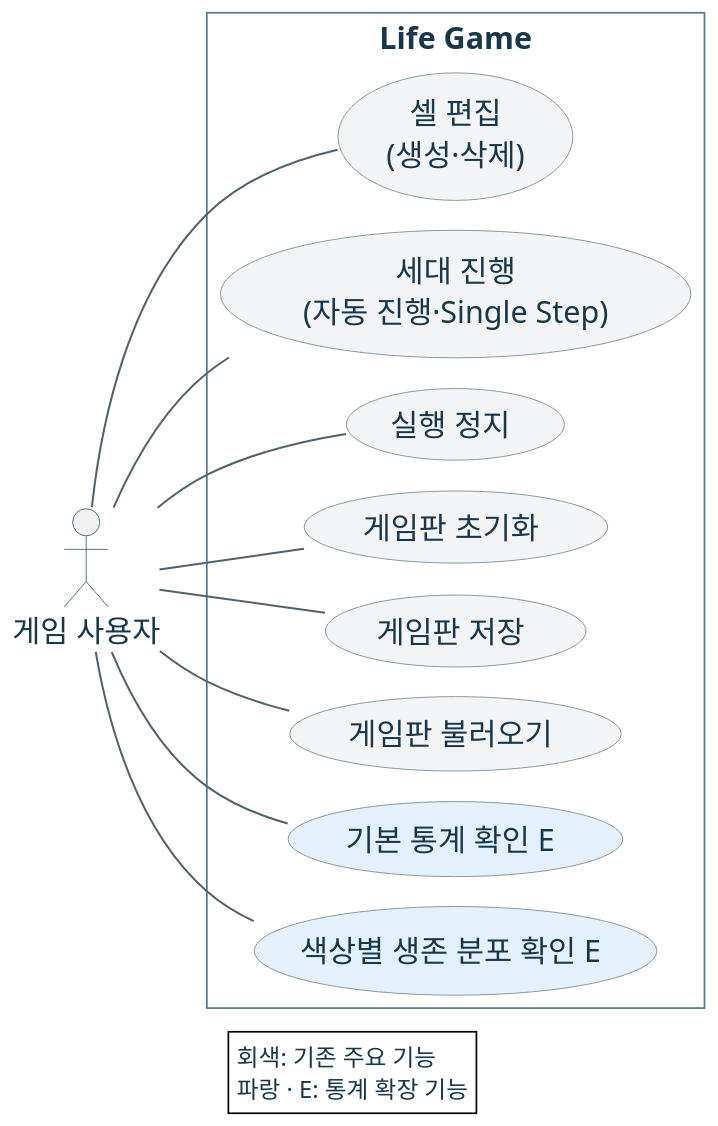
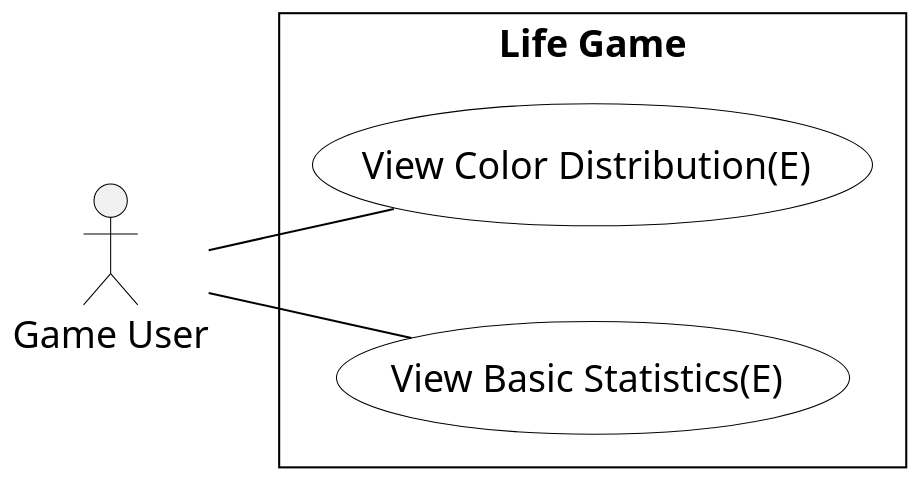
Before and after one commit to mckimR1972/DP_team_project: the diagram in docs/statistics/diagrams/statistics-use-cases.puml, drawn with PlantUML. The commit also changed 7 other files, not shown here.

First line of the commit message:
docs: 통계 UML 다이어그램 통일 및 테스트 검증 자료 갱신

```diff
--- a/docs/statistics/diagrams/statistics-use-cases.puml
+++ b/docs/statistics/diagrams/statistics-use-cases.puml
@@ -1,44 +1,29 @@
 @startuml statistics-use-cases
-!pragma layout smetana
 left to right direction
+skinparam linetype polyline
 skinparam defaultFontName "Apple SD Gothic Neo"
 skinparam defaultFontSize 18
-skinparam dpi 130
-skinparam backgroundColor white
+skinparam dpi 160
+skinparam monochrome true
 skinparam shadowing false
 skinparam roundcorner 0
-skinparam ArrowColor #52616B
-skinparam ArrowThickness 1.2
-skinparam defaultFontColor #18374A
-skinparam actorBorderColor #385C72
-skinparam usecaseBorderColor #7B8790
-skinparam rectangleBorderColor #51768B
+skinparam backgroundColor white
+skinparam ArrowColor black
+skinparam actorBorderColor black
+skinparam actorFontColor black
+skinparam rectangleBorderColor black
 skinparam rectangleBackgroundColor white
-skinparam nodesep 22
-skinparam ranksep 45
+skinparam usecaseBorderColor black
+skinparam usecaseBackgroundColor white
+skinparam usecaseFontColor black
+skinparam nodesep 45
+skinparam ranksep 50
 
-actor "게임 사용자" as Player
+actor "Game User" as Player
 rectangle "Life Game" {
-    usecase "셀 편집\n(생성·삭제)" as Edit #F3F4F6
-    usecase "세대 진행\n(자동 진행·Single Step)" as Advance #F3F4F6
-    usecase "실행 정지" as Halt #F3F4F6
-    usecase "게임판 초기화" as Clear #F3F4F6
-    usecase "게임판 저장" as Store #F3F4F6
-    usecase "게임판 불러오기" as Load #F3F4F6
-    usecase "기본 통계 확인 E" as BasicStatistics #E4F1FA
-    usecase "색상별 생존 분포 확인 E" as ColorStatistics #E4F1FA
+    usecase "View Color Distribution(E)" as ColorStatistics
+    usecase "View Basic Statistics(E)" as BasicStatistics
 }
-Player -- Edit
-Player -- Advance
-Player -- Halt
-Player -- Clear
-Player -- Store
-Player -- Load
 Player -- BasicStatistics
 Player -- ColorStatistics
-
-legend bottom
-회색: 기존 주요 기능
-파랑 · E: 통계 확장 기능
-endlegend
 @enduml
```
